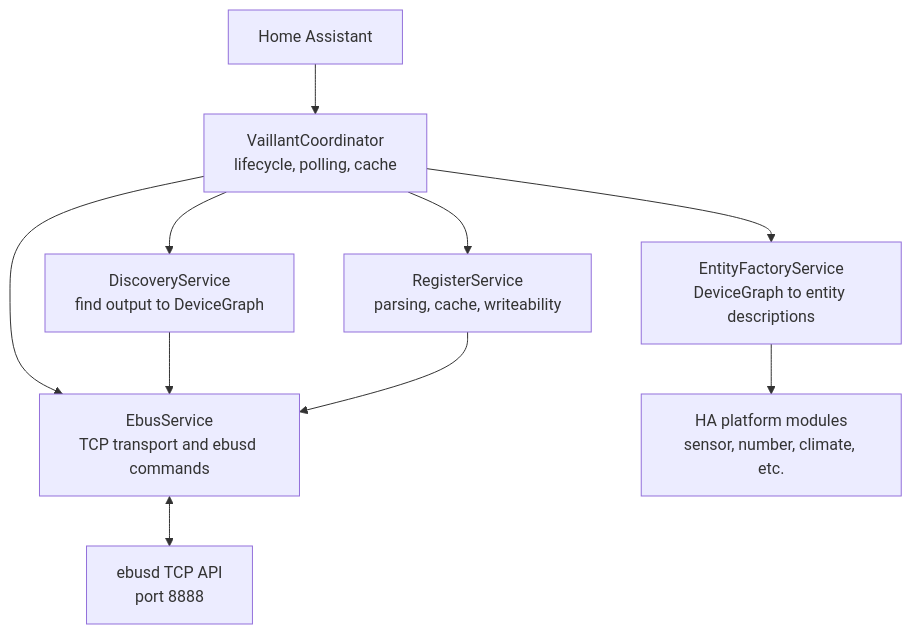
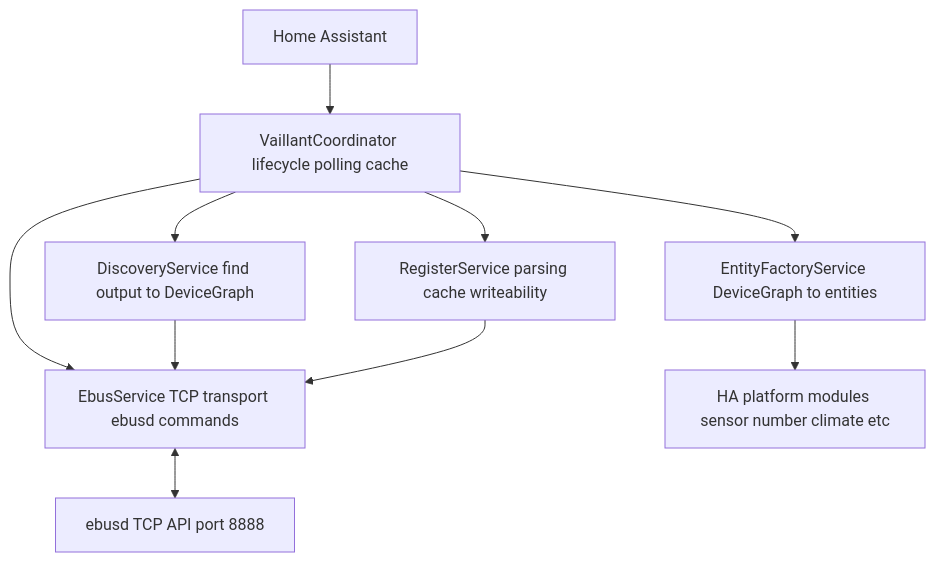
The second of 2 diagrams in README.md (MarkBovee/vaillant-ebus), drawn with Mermaid before and after one commit. The commit also changed other lines of this file and 1 other file, not shown here.

Commit message:
docs: fix Mermaid diagrams + ci: fix import ordering (#46)
Replace flowchart with graph keyword and remove HTML br tags
from Mermaid node labels to resolve GitHub render error.
Fix ruff I001 import ordering for asyncio in test_coordinator.py.

````diff
--- a/README.md
+++ b/README.md
@@ -37,21 +37,21 @@
 ```mermaid
-flowchart TD
+graph TD
   HA[Home Assistant]
-  C[VaillantCoordinator<br/>lifecycle, polling, cache]
-  E[EbusService<br/>TCP transport and ebusd commands]
-  D[DiscoveryService<br/>find output to DeviceGraph]
-  R[RegisterService<br/>parsing, cache, writeability]
-  F[EntityFactoryService<br/>DeviceGraph to entity descriptions]
-  P[HA platform modules<br/>sensor, number, climate, etc.]
-  B[ebusd TCP API<br/>port 8888]
+  C[VaillantCoordinator lifecycle polling cache]
+  E[EbusService TCP transport ebusd commands]
+  D[DiscoveryService find output to DeviceGraph]
+  R[RegisterService parsing cache writeability]
+  F[EntityFactoryService DeviceGraph to entities]
+  P[HA platform modules sensor number climate etc]
+  B[ebusd TCP API port 8888]
 
   HA --> C
   C --> E
   C --> D
   C --> R
   C --> F
   E <--> B
   D --> E
   R --> E
   F --> P
 ```
````
